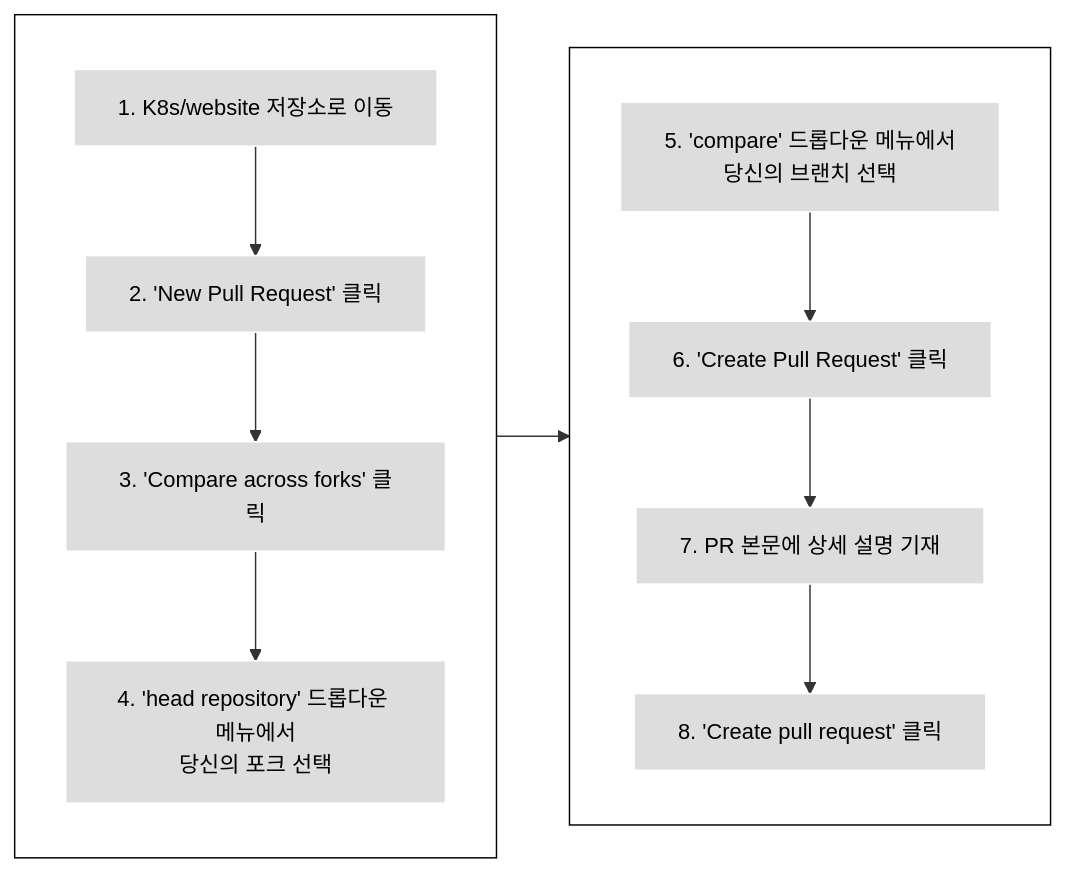
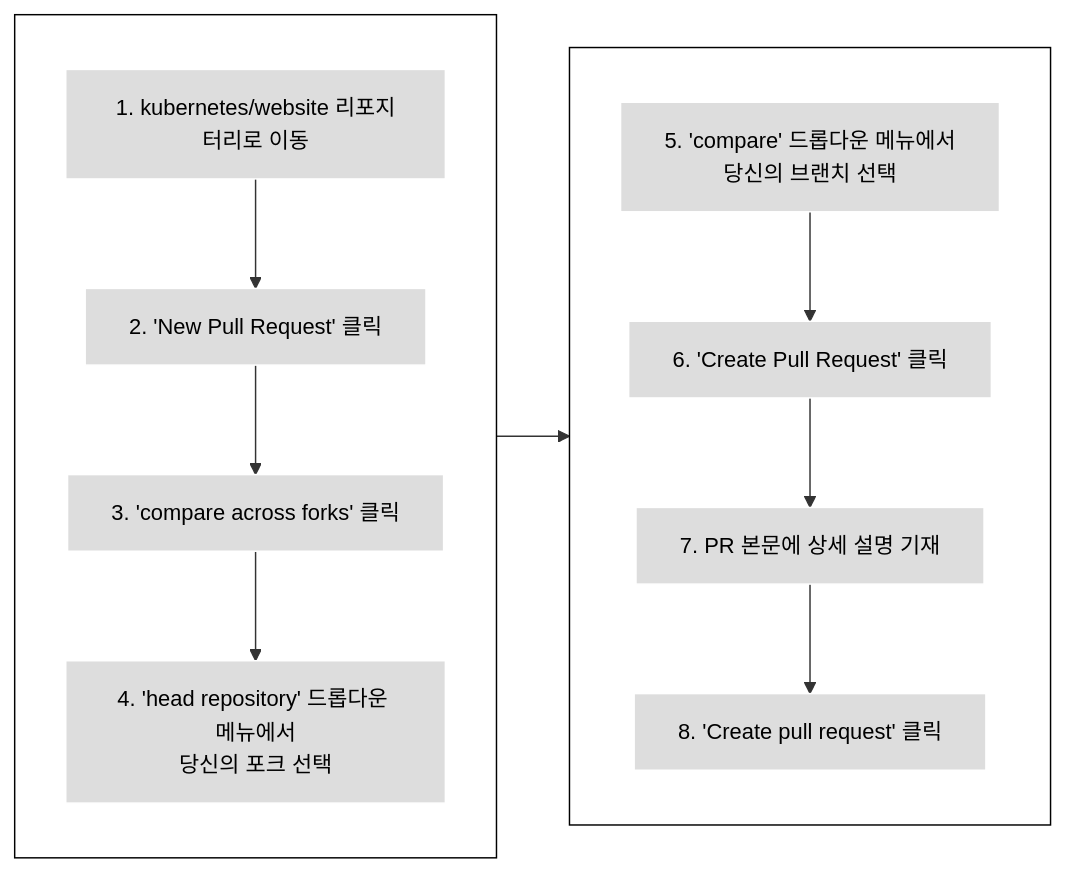
The third of 3 diagrams in content/ko/docs/contribute/new-content/open-a-pr.md (kubernetes/website), drawn with Mermaid before and after one commit. The commit also changed other lines of this file, not shown here.

```diff
--- a/content/ko/docs/contribute/new-content/open-a-pr.md
+++ b/content/ko/docs/contribute/new-content/open-a-pr.md
@@ -379,22 +379,22 @@
 {{< mermaid >}}
 flowchart LR
 subgraph first[ ]
 direction TB
-1[1. K8s/website 저장소로 이동] --> 2[2. 'New Pull Request' 클릭]
-2 --> 3[3. 'Compare across forks' 클릭]
+1[1. kubernetes/website 리포지터리로 이동] --> 2[2. 'New Pull Request' 클릭]
+2 --> 3[3. 'compare across forks' 클릭]
 3 --> 4[4. 'head repository' 드롭다운 메뉴에서<br>당신의 포크 선택]
 end
 subgraph second [ ]
 direction TB
 5[5. 'compare' 드롭다운 메뉴에서<br>당신의 브랜치 선택] --> 6[6. 'Create Pull Request' 클릭]
 6 --> 7[7. PR 본문에 상세 설명 기재]
 7 --> 8[8. 'Create pull request' 클릭]
 end
 
 first --> second
 
 classDef grey fill:#dddddd,stroke:#ffffff,stroke-width:px,color:#000000, font-size:15px;
 classDef white fill:#ffffff,stroke:#000,stroke-width:px,color:#000,font-weight:bold
 class 1,2,3,4,5,6,7,8 grey
 class first,second white
 {{</ mermaid >}}
```
